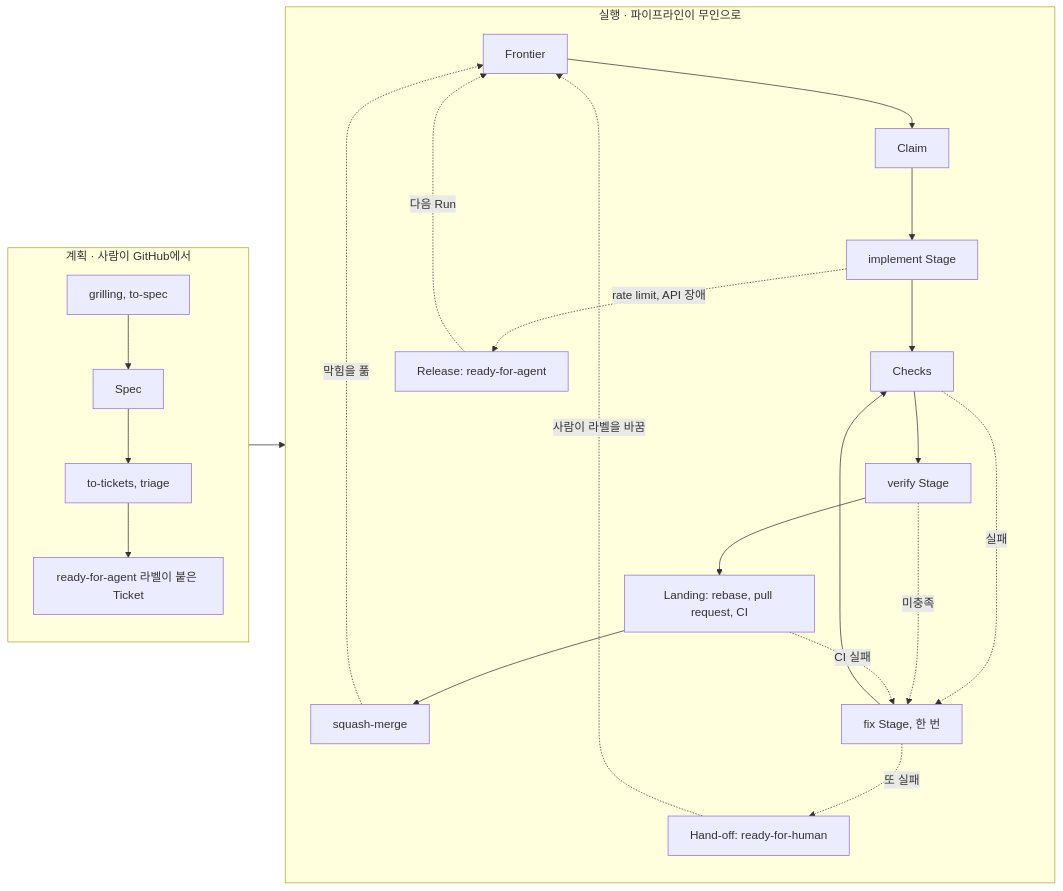
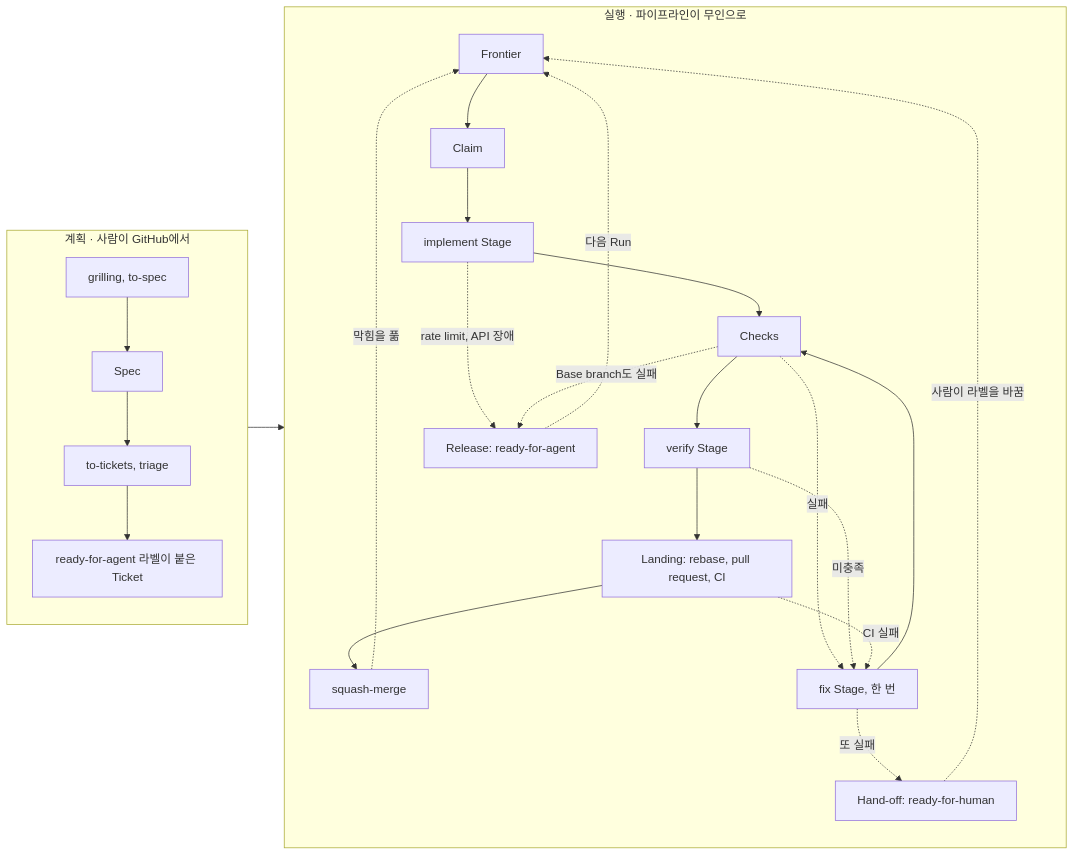
The diagram in wiki/ko/index.md (jjongs2/ticket-runner), drawn with Mermaid before and after one commit. The commit also changed other lines of this file and 37 other files, not shown here.

````diff
--- a/wiki/ko/index.md
+++ b/wiki/ko/index.md
@@ -50,28 +50,29 @@
 ```mermaid
 flowchart LR
   subgraph Planning["계획 · 사람이 GitHub에서"]
     direction TB
     G["grilling, to-spec"] --> S[Spec]
     S --> T["to-tickets, triage"]
     T --> R["ready-for-agent 라벨이 붙은 Ticket"]
   end
   subgraph Execution["실행 · 파이프라인이 무인으로"]
     direction TB
     F[Frontier] --> C[Claim]
     C --> I[implement Stage]
     I --> K[Checks]
     K --> V[verify Stage]
     V --> L["Landing: rebase, pull request, CI"]
     L --> M[squash-merge]
     K -. 실패 .-> X["fix Stage, 한 번"]
     V -. 미충족 .-> X
     L -. CI 실패 .-> X
     X --> K
     X -. 또 실패 .-> H["Hand-off: ready-for-human"]
     I -. rate limit, API 장애 .-> RL["Release: ready-for-agent"]
+    K -. Base branch도 실패 .-> RL
   end
   R --> F
   M -. 막힘을 풂 .-> F
   H -. 사람이 라벨을 바꿈 .-> F
   RL -. 다음 Run .-> F
 ```
````
